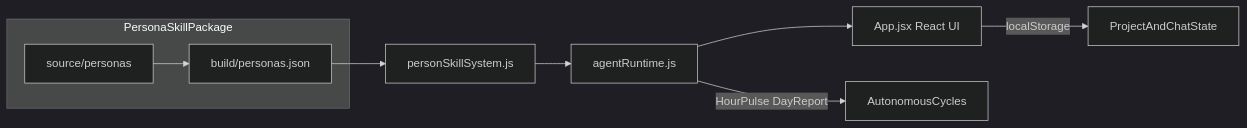
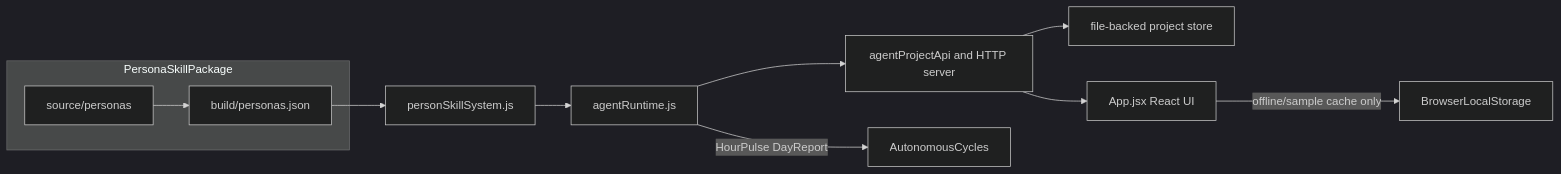
One commit to MrMaii/Hall-of-Fame-Studio changed the first of 2 diagrams in README.md. Above: the diagram before and after it, drawn with Mermaid (dark theme). The commit also changed other lines of this file and 168 other files, not shown here.

````diff
--- a/README.md
+++ b/README.md
@@ -220,14 +248,18 @@
 ```mermaid
 flowchart LR
   subgraph skills [PersonaSkillPackage]
     source[source/personas]
     build[build/personas.json]
   end
   bridge[personSkillSystem.js]
   runtime[agentRuntime.js]
+  api[agentProjectApi and HTTP server]
+  store[file-backed project store]
   ui[App.jsx React UI]
 
-  source --> build --> bridge --> runtime --> ui
-  ui -->|localStorage| state[ProjectAndChatState]
+  source --> build --> bridge --> runtime --> api
+  api --> store
+  api --> ui
+  ui -->|offline/sample cache only| state[BrowserLocalStorage]
   runtime -->|HourPulse DayReport| autonomy[AutonomousCycles]
 ```
````
